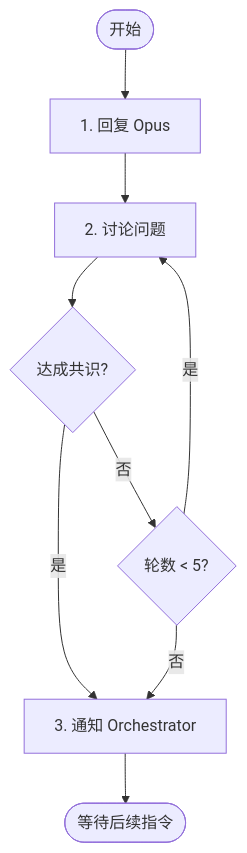
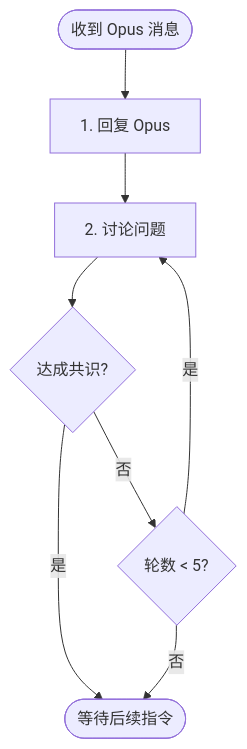
The diagram in skills/duoduo/stages/3-cross-confirm-codex.md (notdp/.dotfiles), drawn with Mermaid before and after one commit. The commit also changed other lines of this file and 2 other files, not shown here.

````diff
--- a/skills/duoduo/stages/3-cross-confirm-codex.md
+++ b/skills/duoduo/stages/3-cross-confirm-codex.md
@@ -5,11 +15,10 @@
 ```mermaid
 flowchart TD
-    Start([开始]) --> S1[1. 回复 Opus]
+    Start([收到 Opus 消息]) --> S1[1. 回复 Opus]
     S1 --> S2[2. 讨论问题]
     S2 --> Check{达成共识?}
-    Check -->|是| S3[3. 通知 Orchestrator]
+    Check -->|是| Done([等待后续指令])
     Check -->|否| Round{轮数 < 5?}
     Round -->|是| S2
-    Round -->|否| S3
-    S3 --> Done([等待后续指令])
+    Round -->|否| Done
 ```
````
